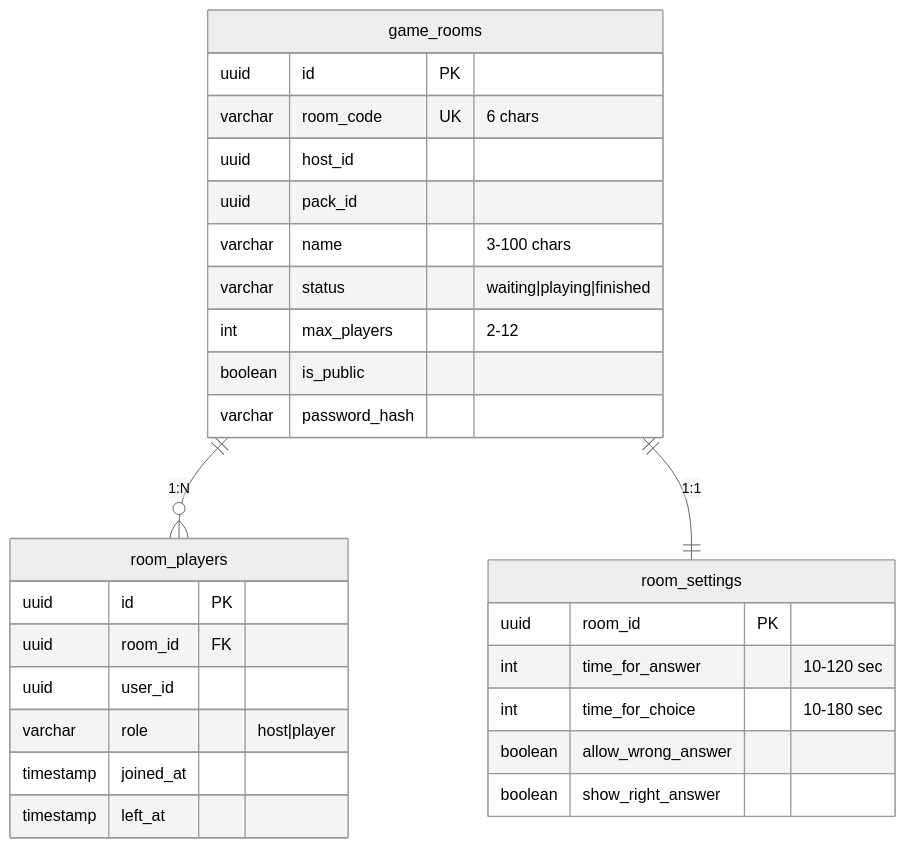
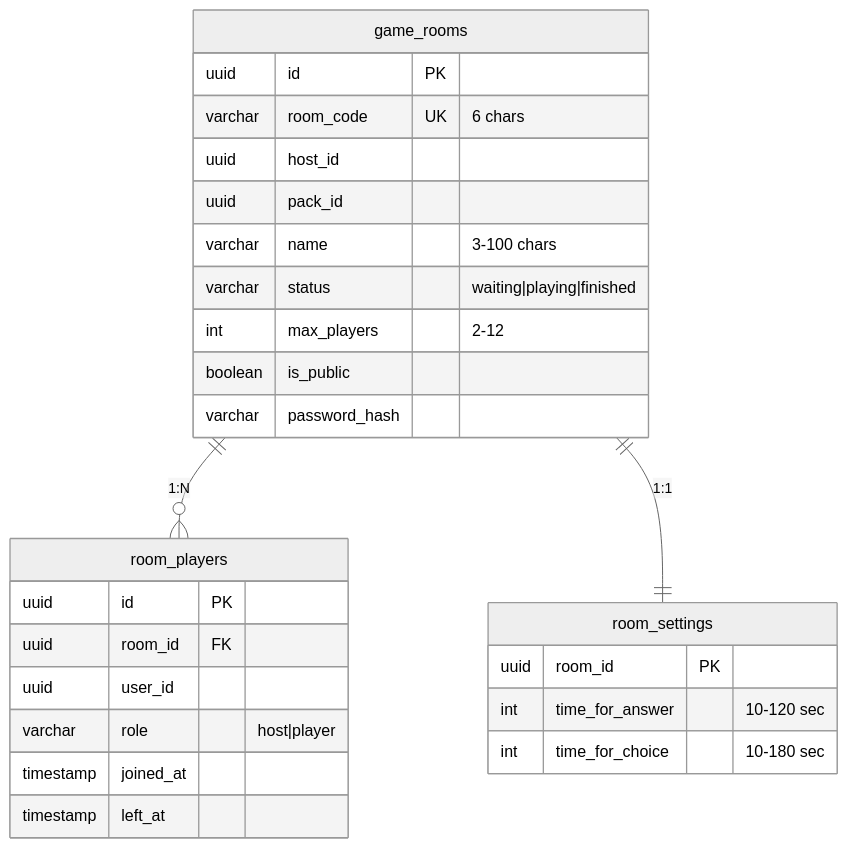
One commit to Bityta/sigame-project changed diagram 12 of 28 in README.md. Above: the diagram before and after it, drawn with Mermaid (neutral theme). The commit also changed other lines of this file and 55 other files, not shown here.

````diff
--- a/README.md
+++ b/README.md
@@ -698,34 +698,32 @@
 ```mermaid
 erDiagram
     game_rooms ||--o{ room_players : "1:N"
     game_rooms ||--|| room_settings : "1:1"
     
     game_rooms {
         uuid id PK
         varchar room_code UK "6 chars"
         uuid host_id
         uuid pack_id
         varchar name "3-100 chars"
         varchar status "waiting|playing|finished"
         int max_players "2-12"
         boolean is_public
         varchar password_hash
     }
     
     room_players {
         uuid id PK
         uuid room_id FK
         uuid user_id
         varchar role "host|player"
         timestamp joined_at
         timestamp left_at
     }
     
     room_settings {
         uuid room_id PK
         int time_for_answer "10-120 sec"
         int time_for_choice "10-180 sec"
-        boolean allow_wrong_answer
-        boolean show_right_answer
     }
 ```
````
